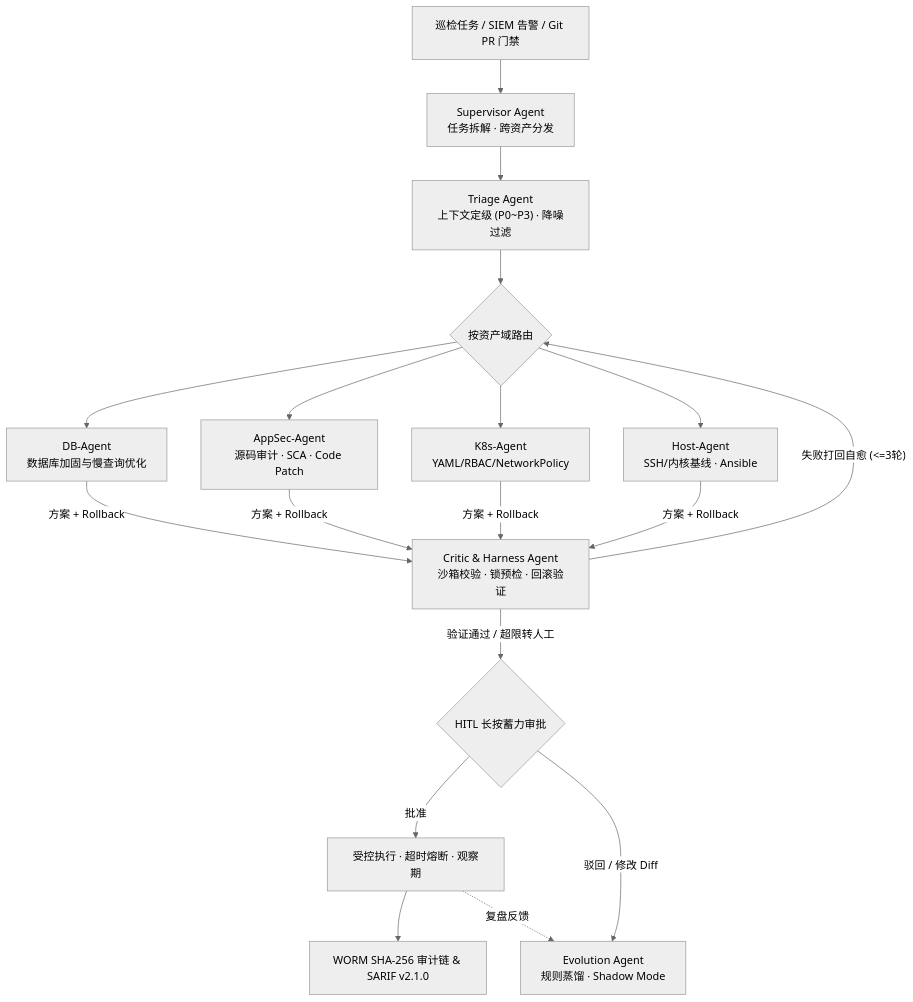
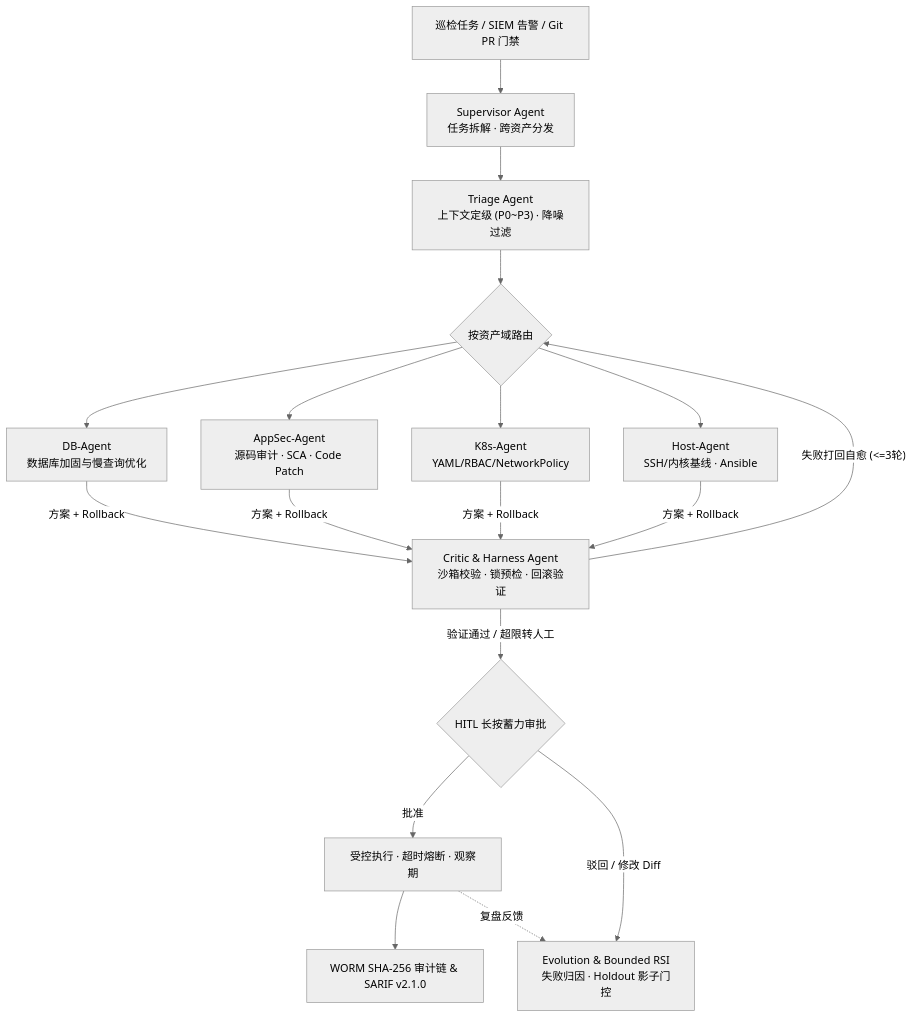
Before and after one commit to aneigeer/AegisForge: the diagram in README.md, drawn with Mermaid (neutral theme). The commit also changed other lines of this file, not shown here.

First line of the commit message:
docs(readme): 重构为七章结构并补充五道护栏与受控 RSI 说明

````diff
--- a/README.md
+++ b/README.md
@@ -45,19 +46,19 @@
 ```mermaid
 flowchart TD
     Input["巡检任务 / SIEM 告警 / Git PR 门禁"] --> Sup["Supervisor Agent<br/>任务拆解 · 跨资产分发"]
     Sup --> Triage["Triage Agent<br/>上下文定级 (P0~P3) · 降噪过滤"]
     Triage --> Router{"按资产域路由"}
 
     Router --> DB["DB-Agent<br/>数据库加固与慢查询优化"]
     Router --> AppSec["AppSec-Agent<br/>源码审计 · SCA · Code Patch"]
     Router --> K8s["K8s-Agent<br/>YAML/RBAC/NetworkPolicy"]
     Router --> Host["Host-Agent<br/>SSH/内核基线 · Ansible"]
 
     DB & AppSec & K8s & Host -->|"方案 + Rollback"| Critic["Critic & Harness Agent<br/>沙箱校验 · 锁预检 · 回滚验证"]
     Critic -->|"失败打回自愈 (<=3轮)"| Router
     Critic -->|"验证通过 / 超限转人工"| HITL{"HITL 长按蓄力审批"}
     HITL -->|"批准"| Exec["受控执行 · 超时熔断 · 观察期"]
-    HITL -->|"驳回 / 修改 Diff"| Evo["Evolution Agent<br/>规则蒸馏 · Shadow Mode"]
+    HITL -->|"驳回 / 修改 Diff"| Evo["Evolution & Bounded RSI<br/>失败归因 · Holdout 影子门控"]
     Exec --> Audit["WORM SHA-256 审计链 & SARIF v2.1.0"]
     Exec -.->|"复盘反馈"| Evo
 ```
````
